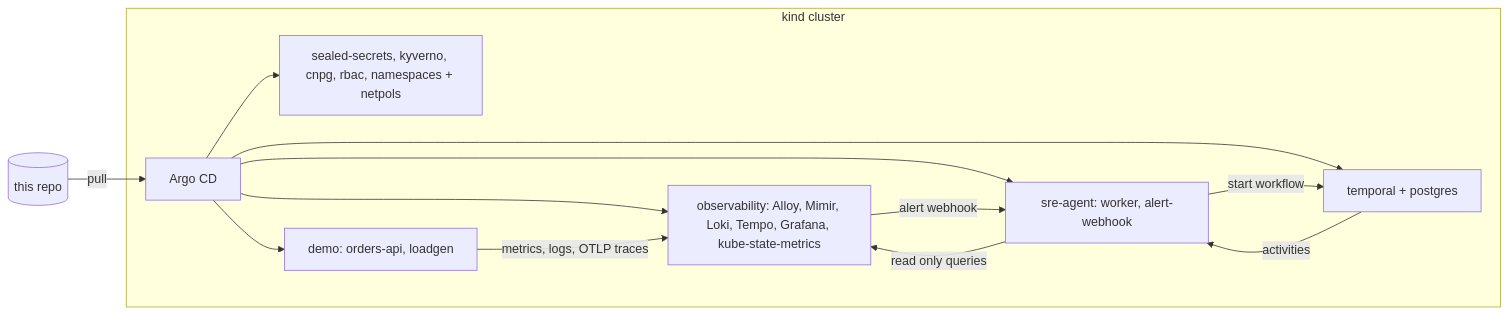
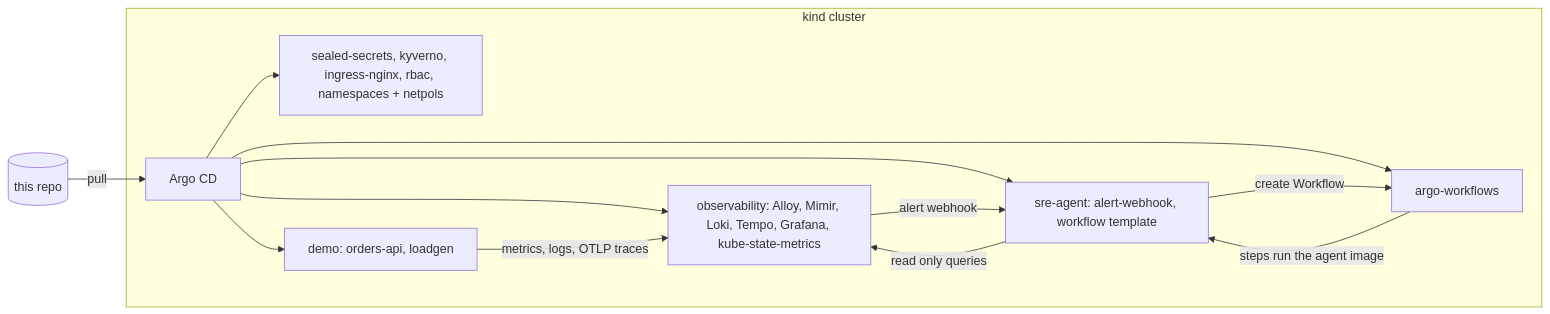
Before and after one commit to krishnakant888/k3s-sre-platform: the diagram in README.md, drawn with Mermaid. The commit also changed other lines of this file and 29 other files, not shown here.

First line of the commit message:
feat: run the incident investigation on Argo Workflows instead of Temporal

````diff
--- a/README.md
+++ b/README.md
@@ -51,16 +51,16 @@
 ```mermaid
 flowchart LR
   Git[(this repo)] -->|pull| Argo[Argo CD]
   subgraph kind cluster
-    Argo --> Platform[sealed-secrets, kyverno, cnpg, rbac, namespaces + netpols]
+    Argo --> Platform[sealed-secrets, kyverno, ingress-nginx, rbac, namespaces + netpols]
     Argo --> Obs[observability: Alloy, Mimir, Loki, Tempo, Grafana, kube-state-metrics]
-    Argo --> Temporal[temporal + postgres]
+    Argo --> AW[argo-workflows]
     Argo --> Demo[demo: orders-api, loadgen]
-    Argo --> Agent[sre-agent: worker, alert-webhook]
+    Argo --> Agent[sre-agent: alert-webhook, workflow template]
     Demo -->|metrics, logs, OTLP traces| Obs
     Obs -->|alert webhook| Agent
-    Agent -->|start workflow| Temporal
-    Temporal -->|activities| Agent
+    Agent -->|create Workflow| AW
+    AW -->|steps run the agent image| Agent
     Agent -->|read only queries| Obs
   end
 ```
````
